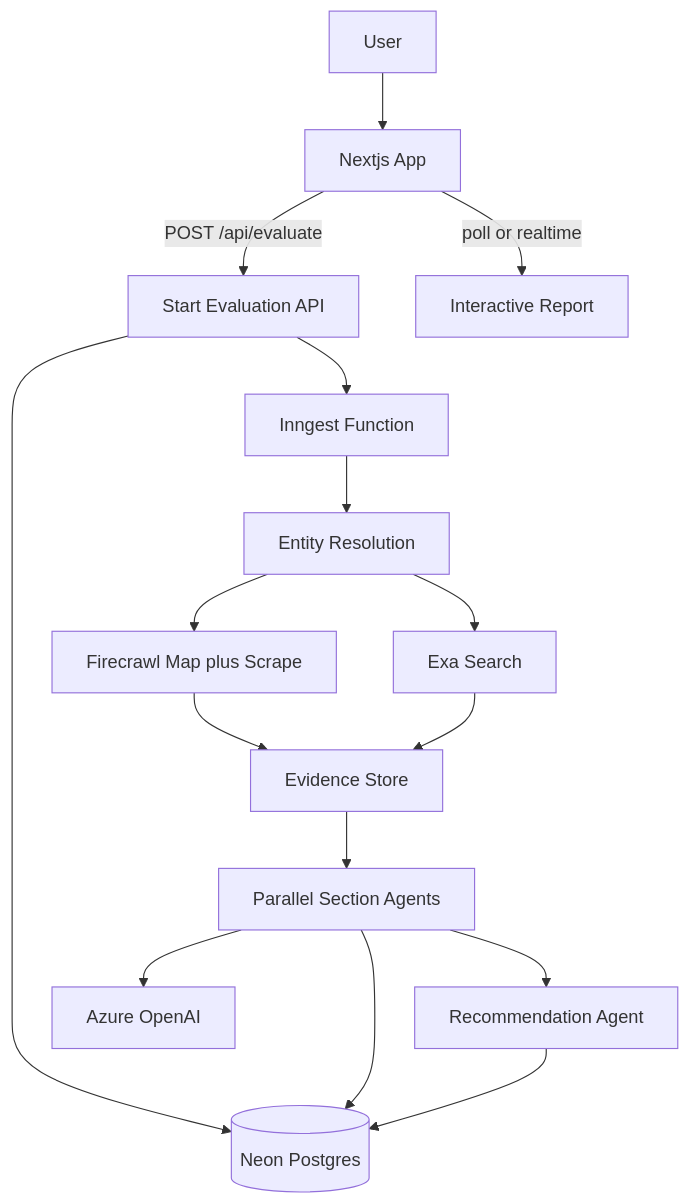
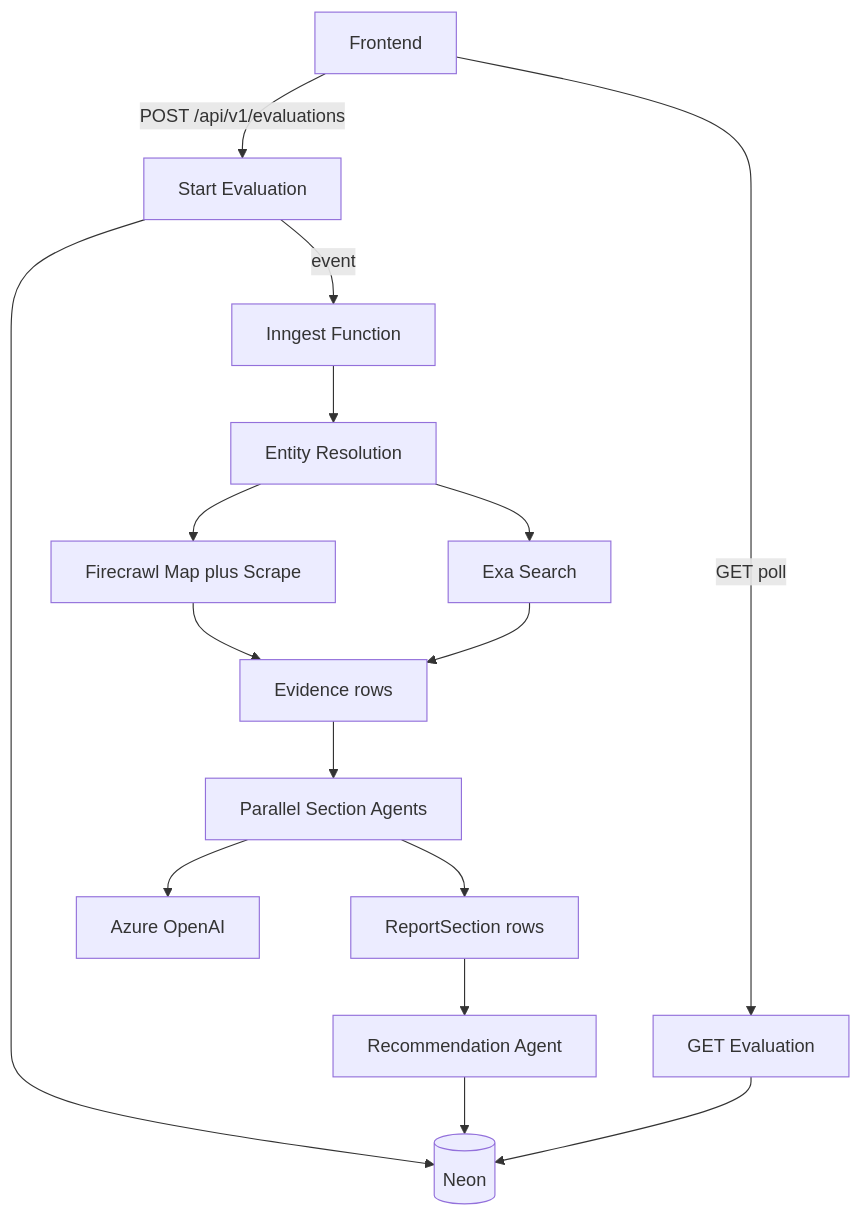
The second of 2 diagrams in docs/PLAN.md (aftermerge0/scout-ai), drawn with Mermaid before and after one commit. The commit also changed other lines of this file and 3 other files, not shown here.

````diff
--- a/docs/PLAN.md
+++ b/docs/PLAN.md
@@ -17,18 +57,18 @@
 ```mermaid
 flowchart TD
-  User[User] --> UI[Nextjs App]
-  UI -->|POST /api/evaluate| API[Start Evaluation API]
-  API --> DB[(Neon Postgres)]
-  API --> Inngest[Inngest Function]
+  FE[Frontend] -->|POST /api/v1/evaluations| Start[Start Evaluation]
+  Start --> DB[(Neon)]
+  Start -->|event| Inngest[Inngest Function]
   Inngest --> Resolve[Entity Resolution]
   Resolve --> Firecrawl[Firecrawl Map plus Scrape]
   Resolve --> Exa[Exa Search]
-  Firecrawl --> Evidence[Evidence Store]
+  Firecrawl --> Evidence[Evidence rows]
   Exa --> Evidence
   Evidence --> Agents[Parallel Section Agents]
   Agents --> Azure[Azure OpenAI]
-  Agents --> DB
-  Agents --> Rec[Recommendation Agent]
+  Agents --> Sections[ReportSection rows]
+  Sections --> Rec[Recommendation Agent]
   Rec --> DB
-  UI -->|poll or realtime| Report[Interactive Report]
+  FE -->|GET poll| Read[GET Evaluation]
+  Read --> DB
 ```
````
